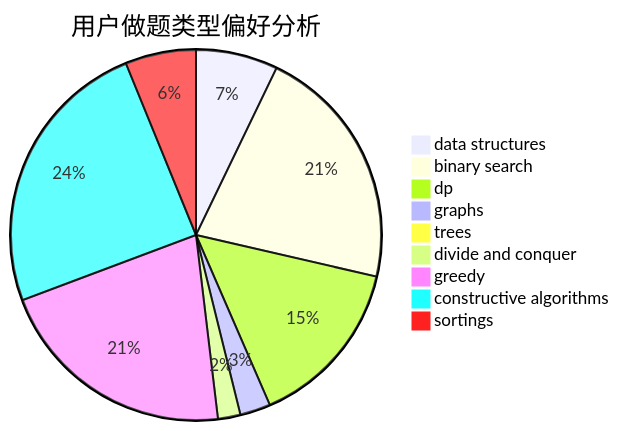
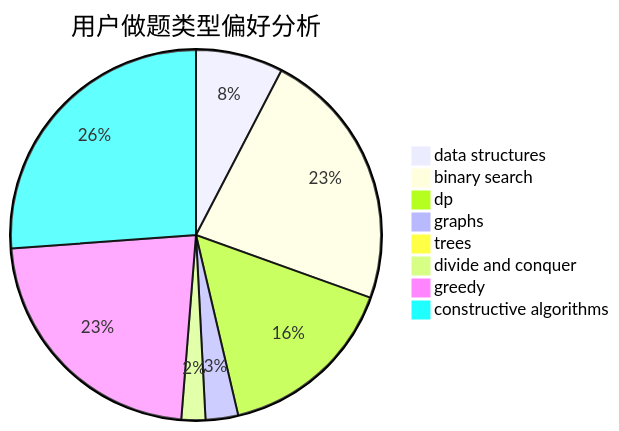
The second of 3 diagrams in docs/user/u338.md (sherpahu/cfrs.github.io), drawn with Mermaid before and after one commit. The commit also changed other lines of this file and 2769 other files, not shown here.

````diff
--- a/docs/user/u338.md
+++ b/docs/user/u338.md
@@ -18,12 +18,11 @@
 ```mermaid
 pie title 用户做题类型偏好分析
     "data structures" :  51
     "binary search" :  153
     "dp" :  106
     "graphs" :  19
     "trees" :  2
     "divide and conquer" :  14
     "greedy" :  151
     "constructive algorithms" :  175
-    "sortings" :  44
 ```
````
